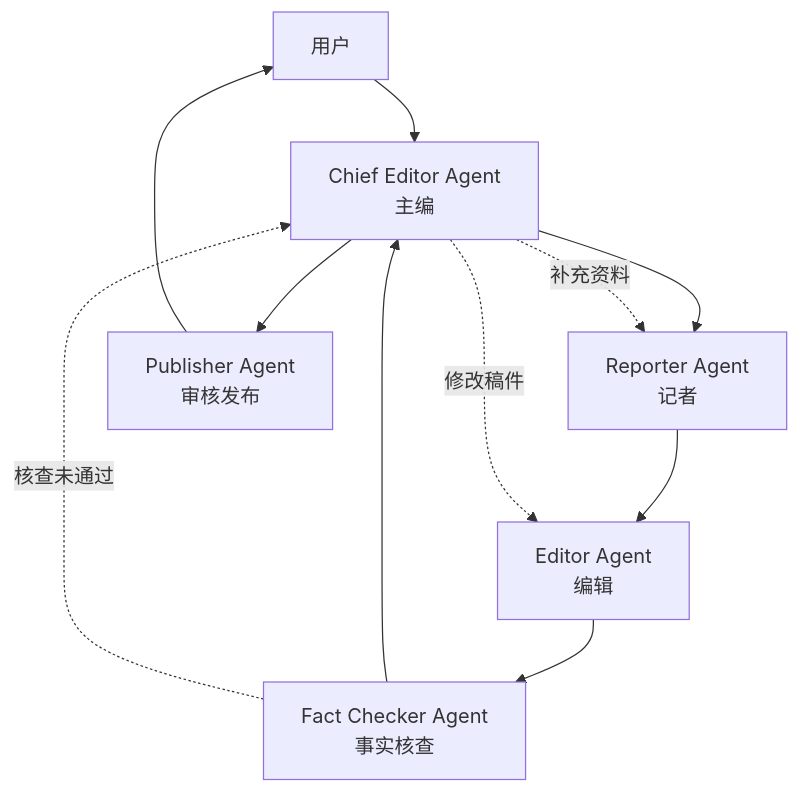
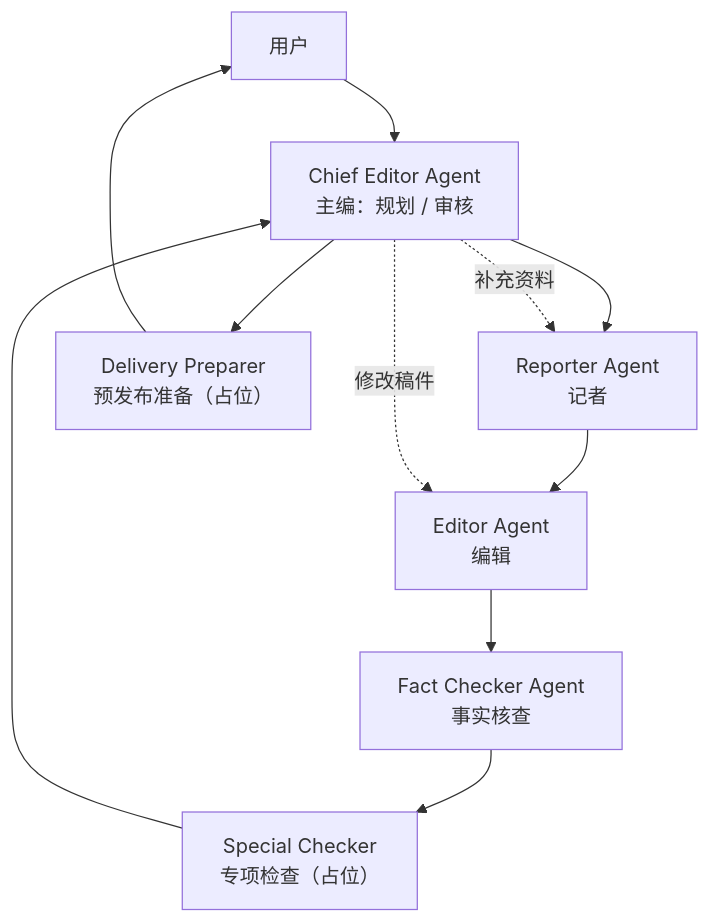
Before and after one commit to choppeer6/Newsroom: the diagram in docs/03-agent-design/agent-specification.md, drawn with Mermaid. The commit also changed other lines of this file and 31 other files, not shown here.

First line of the commit message:
feat(workflow): replace publish chain with special check and delivery package

````diff
--- a/docs/03-agent-design/agent-specification.md
+++ b/docs/03-agent-design/agent-specification.md
@@ -35,21 +39,22 @@
 ```mermaid
 flowchart TD
     U["用户"]
-    C["Chief Editor Agent<br/>主编"]
+    C["Chief Editor Agent<br/>主编：规划 / 审核"]
     R["Reporter Agent<br/>记者"]
     E["Editor Agent<br/>编辑"]
     F["Fact Checker Agent<br/>事实核查"]
-    P["Publisher Agent<br/>审核发布"]
+    S["Special Checker<br/>专项检查（占位）"]
+    D["Delivery Preparer<br/>预发布准备（占位）"]
 
     U --> C
     C --> R
     R --> E
     E --> F
-    F --> C
-    C --> P
-    P --> U
+    F --> S
+    S --> C
+    C --> D
+    D --> U
 
-    F -.核查未通过.-> C
     C -.补充资料.-> R
     C -.修改稿件.-> E
 ```
````
